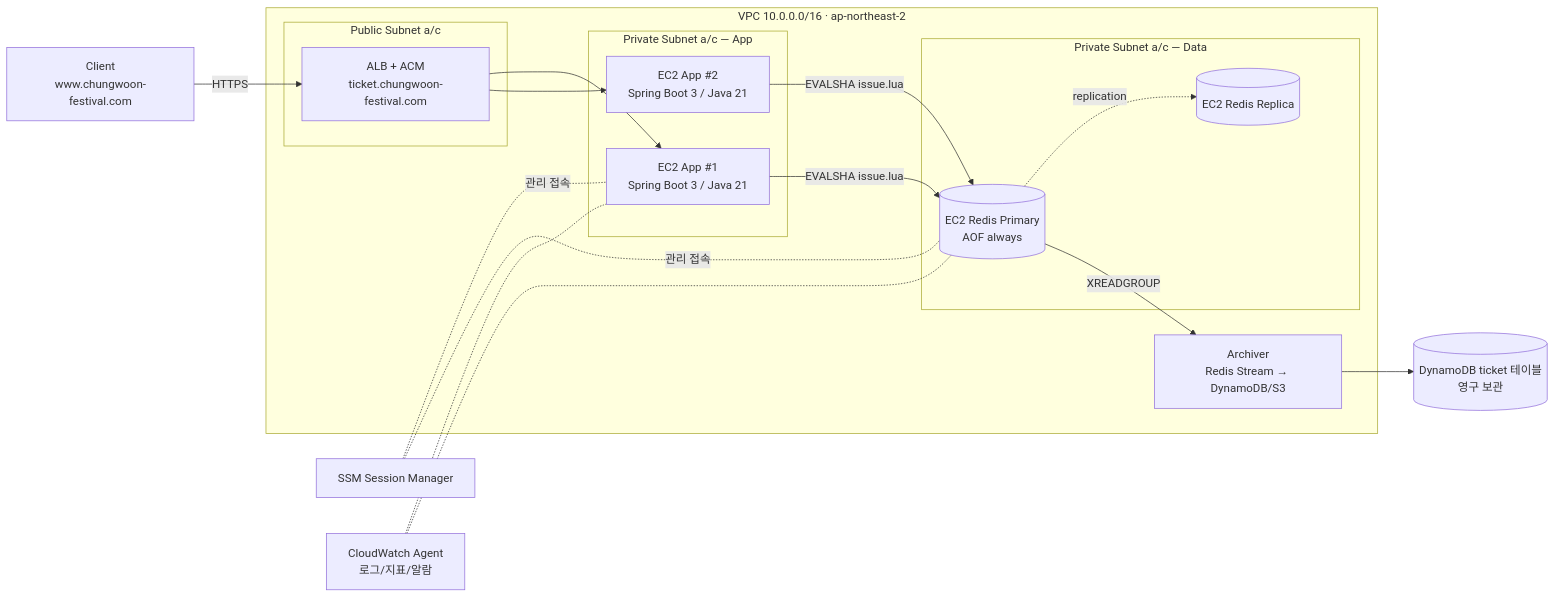
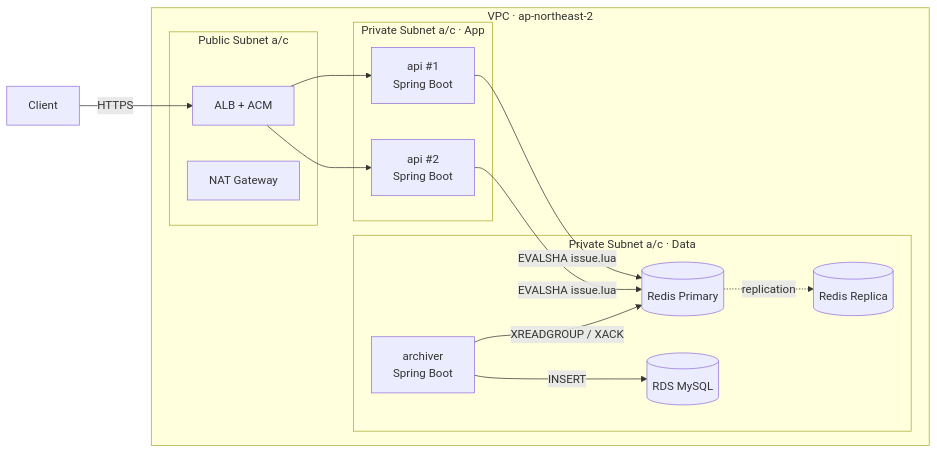
Before and after one commit to KAU-CHUNG-WOON-OT/second_festival_ticketing_server: the diagram in docs/ARCHITECTURE.md, drawn with Mermaid. The commit also changed other lines of this file and 1 other file, not shown here.

````diff
--- a/docs/ARCHITECTURE.md
+++ b/docs/ARCHITECTURE.md
@@ -42,27 +38,27 @@
 ```mermaid
 flowchart LR
-    U[Client<br/>www.chungwoon-festival.com] -->|HTTPS| ALB
+    U[Client] -->|HTTPS| ALB
 
-    subgraph VPC [VPC 10.0.0.0/16 · ap-northeast-2]
+    subgraph VPC [VPC · ap-northeast-2]
         subgraph PUB [Public Subnet a/c]
-            ALB[ALB + ACM<br/>ticket.chungwoon-festival.com]
+            ALB[ALB + ACM]
+            NAT[NAT Gateway]
         end
-        subgraph APP [Private Subnet a/c — App]
-            A1[EC2 App #1<br/>Spring Boot 3 / Java 21]
-            A2[EC2 App #2<br/>Spring Boot 3 / Java 21]
+        subgraph APP [Private Subnet a/c · App]
+            A1[api #1<br/>Spring Boot]
+            A2[api #2<br/>Spring Boot]
         end
-        subgraph DATA [Private Subnet a/c — Data]
-            R1[(EC2 Redis Primary<br/>AOF always)]
-            R2[(EC2 Redis Replica)]
+        subgraph DATA [Private Subnet a/c · Data]
+            R1[(Redis Primary)]
+            R2[(Redis Replica)]
+            W[archiver<br/>Spring Boot]
+            DB[(RDS MySQL)]
         end
-        W[Archiver<br/>Redis Stream → DynamoDB/S3]
     end
 
     ALB --> A1 & A2
     A1 & A2 -->|EVALSHA issue.lua| R1
     R1 -. replication .-> R2
-    R1 -->|XREADGROUP| W
-    W --> DDB[(DynamoDB ticket 테이블<br/>영구 보관)]
-    SSM[SSM Session Manager] -.관리 접속.- A1 & R1
-    CW[CloudWatch Agent<br/>로그/지표/알람] -.- A1 & R1
+    W -->|XREADGROUP / XACK| R1
+    W -->|INSERT| DB
 ```
````
